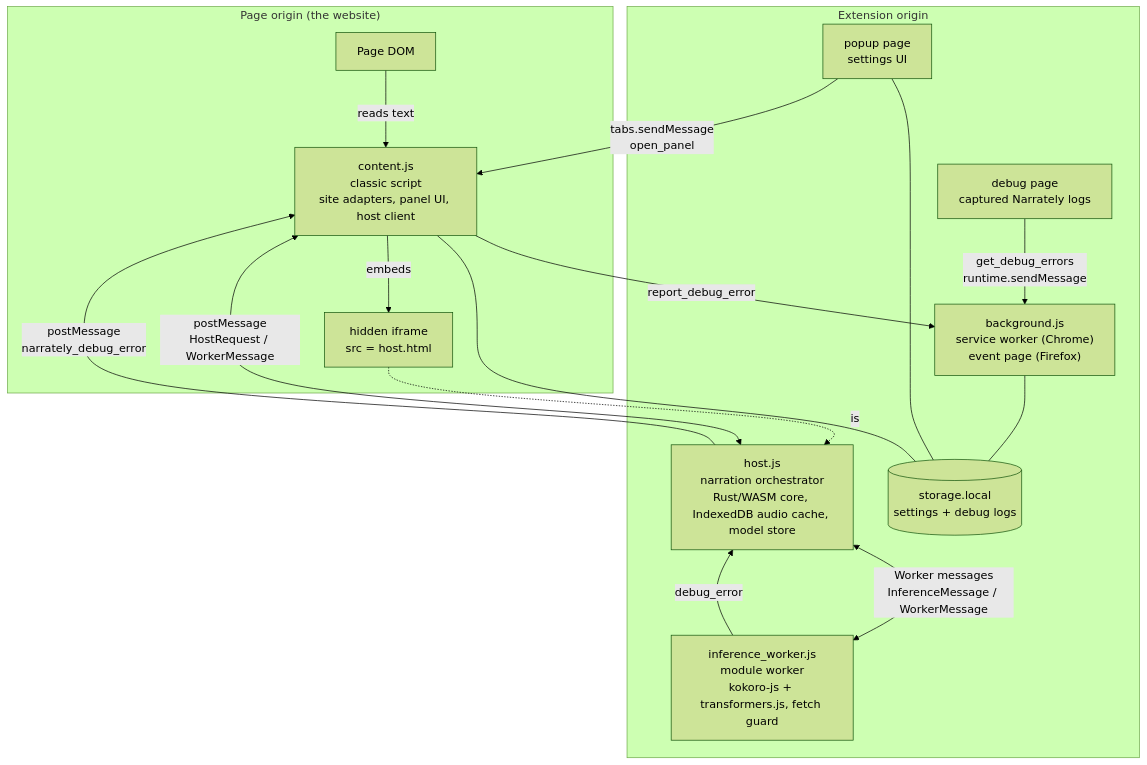
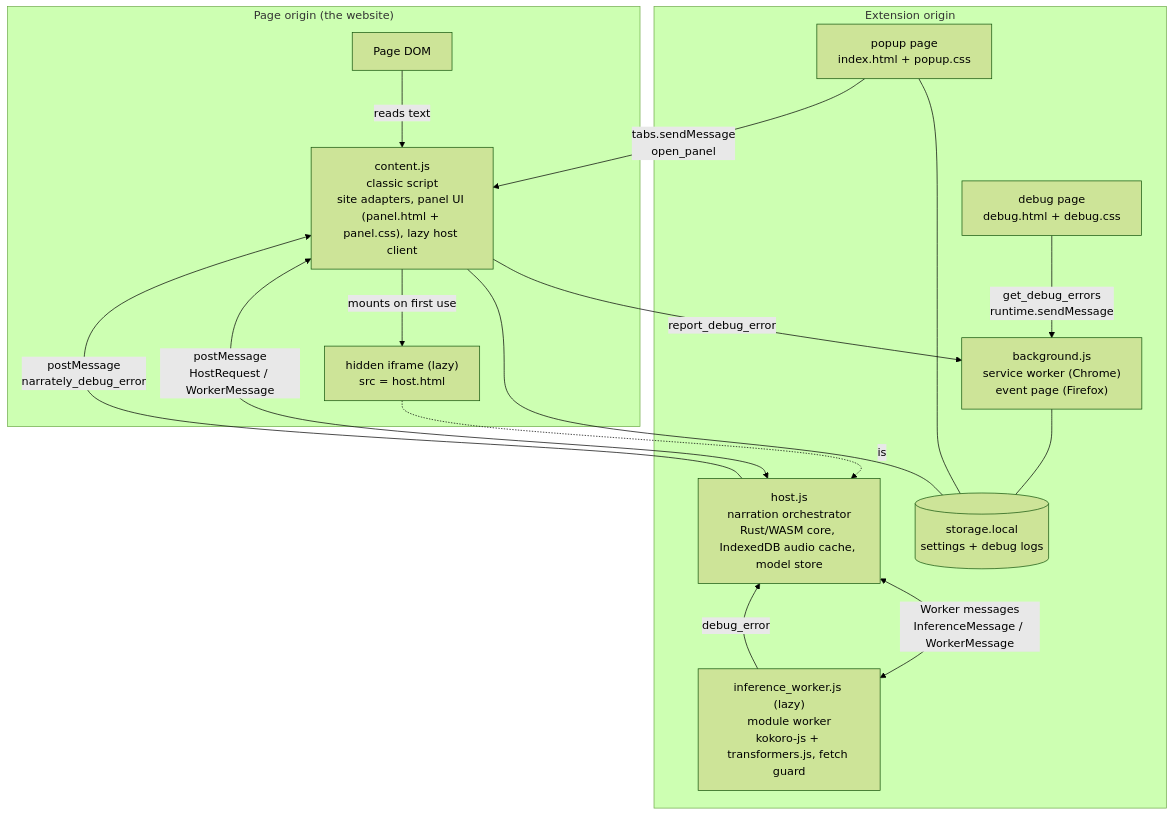
The first of 3 diagrams in docs/architecture.md (abdullahkhfb/narrately), drawn with Mermaid (forest theme) before and after one commit. The commit also changed other lines of this file and 50 other files, not shown here.

````diff
--- a/docs/architecture.md
+++ b/docs/architecture.md
@@ -12,31 +12,31 @@
 ```mermaid
 flowchart TB
     subgraph PageOrigin["Page origin (the website)"]
         page["Page DOM"]
-        content["content.js<br/>classic script<br/>site adapters, panel UI, host client"]
-        iframe["hidden iframe<br/>src = host.html"]
+        content["content.js<br/>classic script<br/>site adapters, panel UI (panel.html + panel.css), lazy host client"]
+        iframe["hidden iframe (lazy)<br/>src = host.html"]
     end
 
     subgraph ExtOrigin["Extension origin"]
         host["host.js<br/>narration orchestrator<br/>Rust/WASM core, IndexedDB audio cache, model store"]
-        worker["inference_worker.js<br/>module worker<br/>kokoro-js + transformers.js, fetch guard"]
+        worker["inference_worker.js (lazy)<br/>module worker<br/>kokoro-js + transformers.js, fetch guard"]
         bg["background.js<br/>service worker (Chrome)<br/>event page (Firefox)"]
-        popup["popup page<br/>settings UI"]
-        debug["debug page<br/>captured Narrately logs"]
+        popup["popup page<br/>index.html + popup.css"]
+        debug["debug page<br/>debug.html + debug.css"]
         storage[("storage.local<br/>settings + debug logs")]
     end
 
     page -->|"reads text"| content
-    content -->|"embeds"| iframe
+    content -->|"mounts on first use"| iframe
     iframe -.->|"is"| host
     content <-->|"postMessage<br/>HostRequest / WorkerMessage"| host
     host <-->|"Worker messages<br/>InferenceMessage / WorkerMessage"| worker
     popup -->|"tabs.sendMessage<br/>open_panel"| content
     bg --- storage
     popup --- storage
     content --- storage
     debug -->|"get_debug_errors<br/>runtime.sendMessage"| bg
     content -->|"report_debug_error"| bg
     host -->|"postMessage<br/>narrately_debug_error"| content
     worker -->|"debug_error"| host
 ```
````
